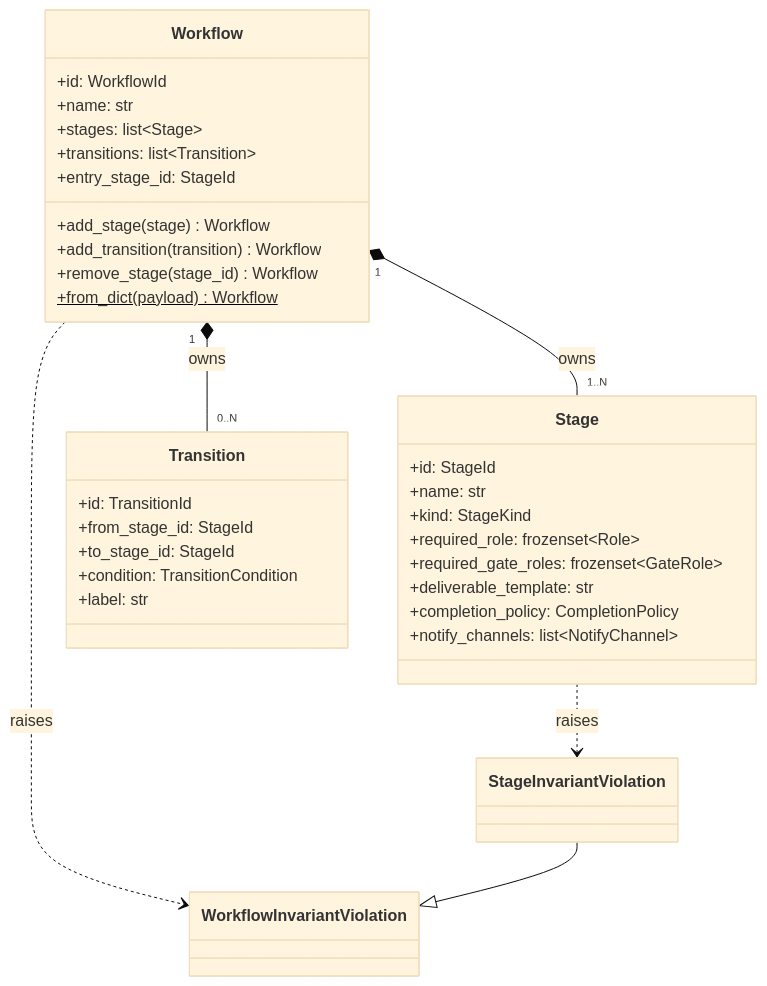
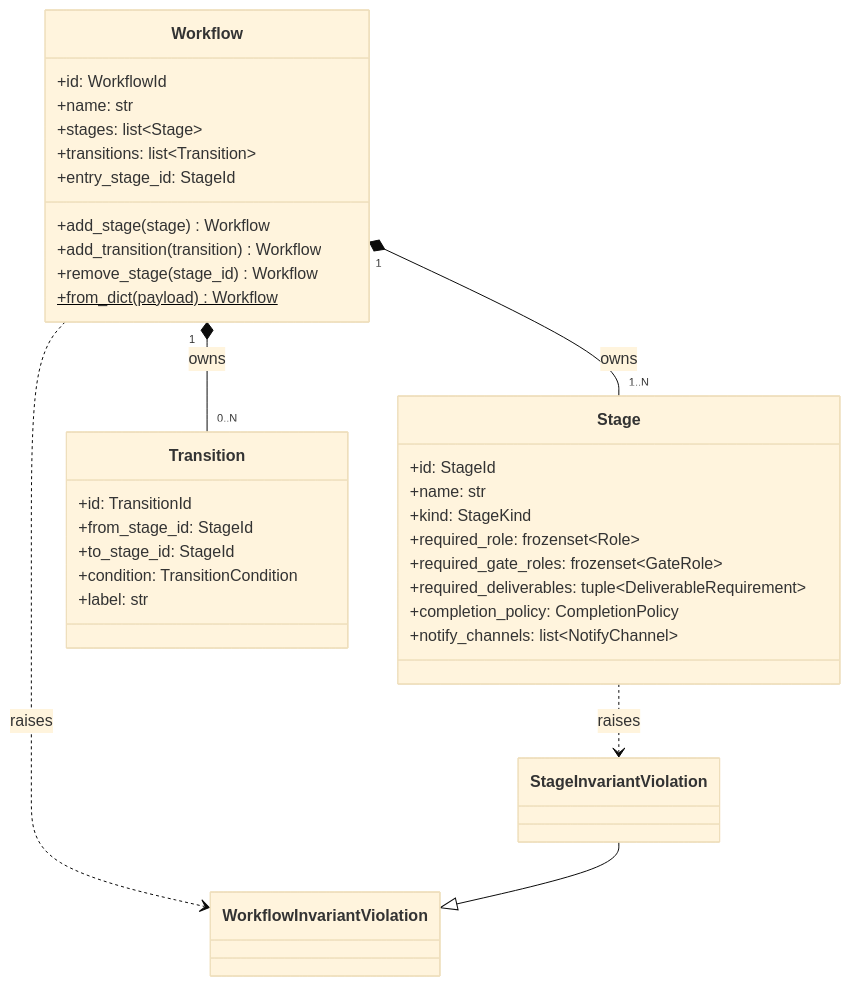
One commit to bakufu-dev/bakufu changed the first of 2 diagrams in docs/features/workflow/domain/basic-design.md. Above: the diagram before and after it, drawn with Mermaid (base theme). The commit also changed other lines of this file and 6 other files, not shown here.

First line of the commit message:
docs(workflow): Stage.required_deliverables 設計書更新 (Issue #117) (#129)

````diff
--- a/docs/features/workflow/domain/basic-design.md
+++ b/docs/features/workflow/domain/basic-design.md
@@ -121,39 +121,39 @@
 ```mermaid
 classDiagram
     class Workflow {
         +id: WorkflowId
         +name: str
         +stages: list~Stage~
         +transitions: list~Transition~
         +entry_stage_id: StageId
         +add_stage(stage) Workflow
         +add_transition(transition) Workflow
         +remove_stage(stage_id) Workflow
         +from_dict(payload)$ Workflow
     }
     class Stage {
         +id: StageId
         +name: str
         +kind: StageKind
         +required_role: frozenset~Role~
         +required_gate_roles: frozenset~GateRole~
-        +deliverable_template: str
+        +required_deliverables: tuple~DeliverableRequirement~
         +completion_policy: CompletionPolicy
         +notify_channels: list~NotifyChannel~
     }
     class Transition {
         +id: TransitionId
         +from_stage_id: StageId
         +to_stage_id: StageId
         +condition: TransitionCondition
         +label: str
     }
     class WorkflowInvariantViolation
     class StageInvariantViolation
 
     Workflow "1" *-- "1..N" Stage : owns
     Workflow "1" *-- "0..N" Transition : owns
     Workflow ..> WorkflowInvariantViolation : raises
     Stage ..> StageInvariantViolation : raises
     StageInvariantViolation --|> WorkflowInvariantViolation
 ```
````
